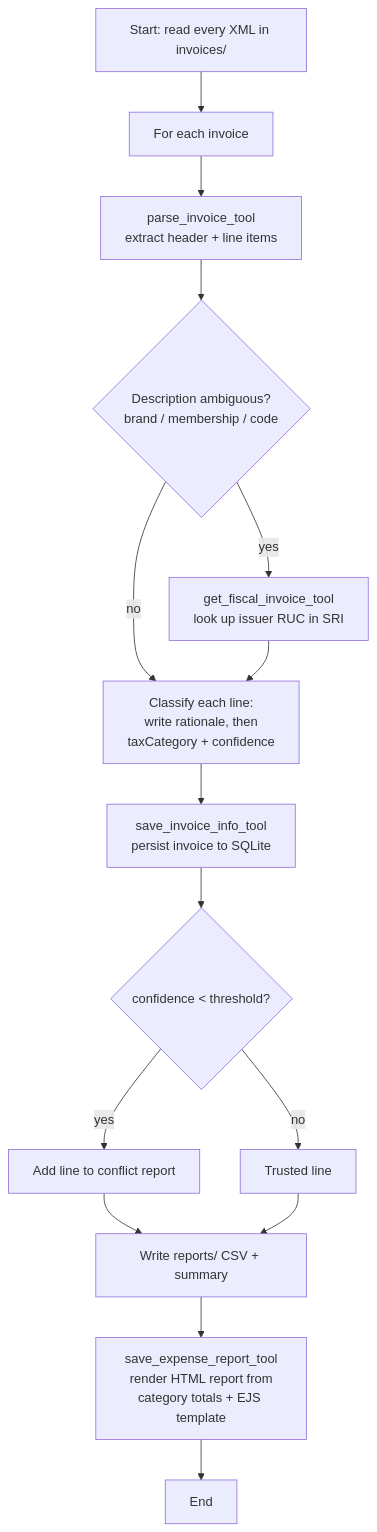
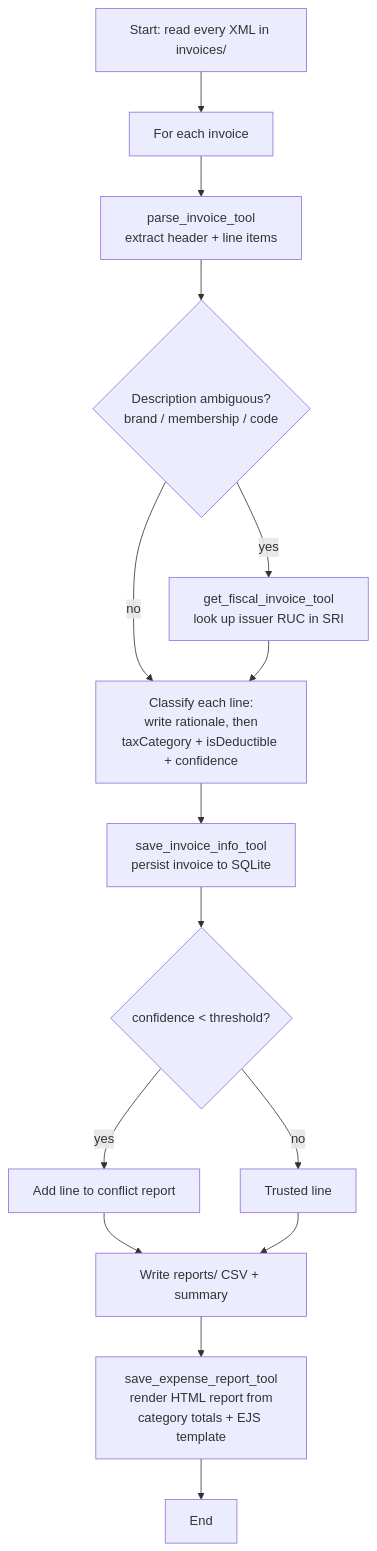
Before and after one commit to velascoandres/pony: the diagram in README.md, drawn with Mermaid. The commit also changed other lines of this file and 9 other files, not shown here.

````diff
--- a/README.md
+++ b/README.md
@@ -28,17 +74,17 @@
 ```mermaid
 flowchart TD
     A[Start: read every XML in invoices/] --> B[For each invoice]
     B --> C[parse_invoice_tool<br/>extract header + line items]
     C --> D{Description ambiguous?<br/>brand / membership / code}
     D -- yes --> E[get_fiscal_invoice_tool<br/>look up issuer RUC in SRI]
-    D -- no --> F[Classify each line:<br/>write rationale, then<br/>taxCategory + confidence]
+    D -- no --> F[Classify each line:<br/>write rationale, then<br/>taxCategory + isDeductible + confidence]
     E --> F
     F --> G[save_invoice_info_tool<br/>persist invoice to SQLite]
     G --> H{confidence &lt; threshold?}
     H -- yes --> I[Add line to conflict report]
     H -- no --> J[Trusted line]
     I --> K[Write reports/ CSV + summary]
     J --> K
     K --> M[save_expense_report_tool<br/>render HTML report from<br/>category totals + EJS template]
     M --> L[End]
 ```
````
